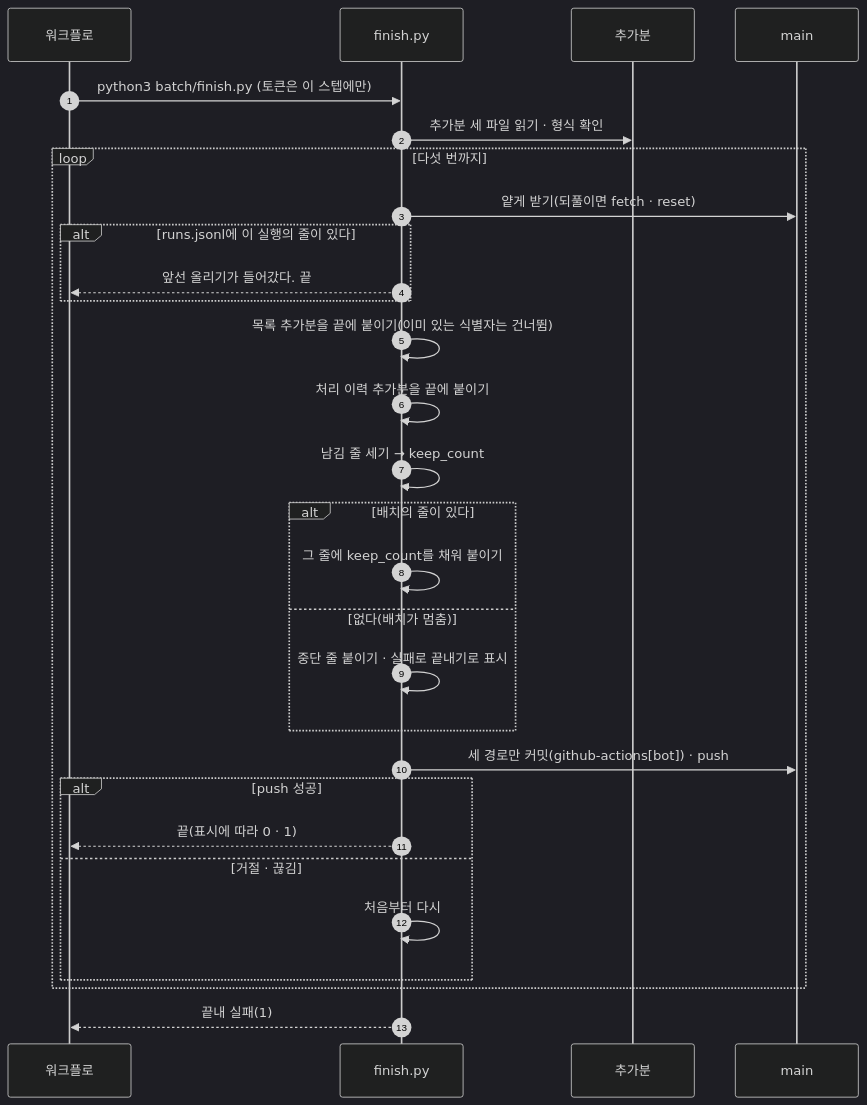
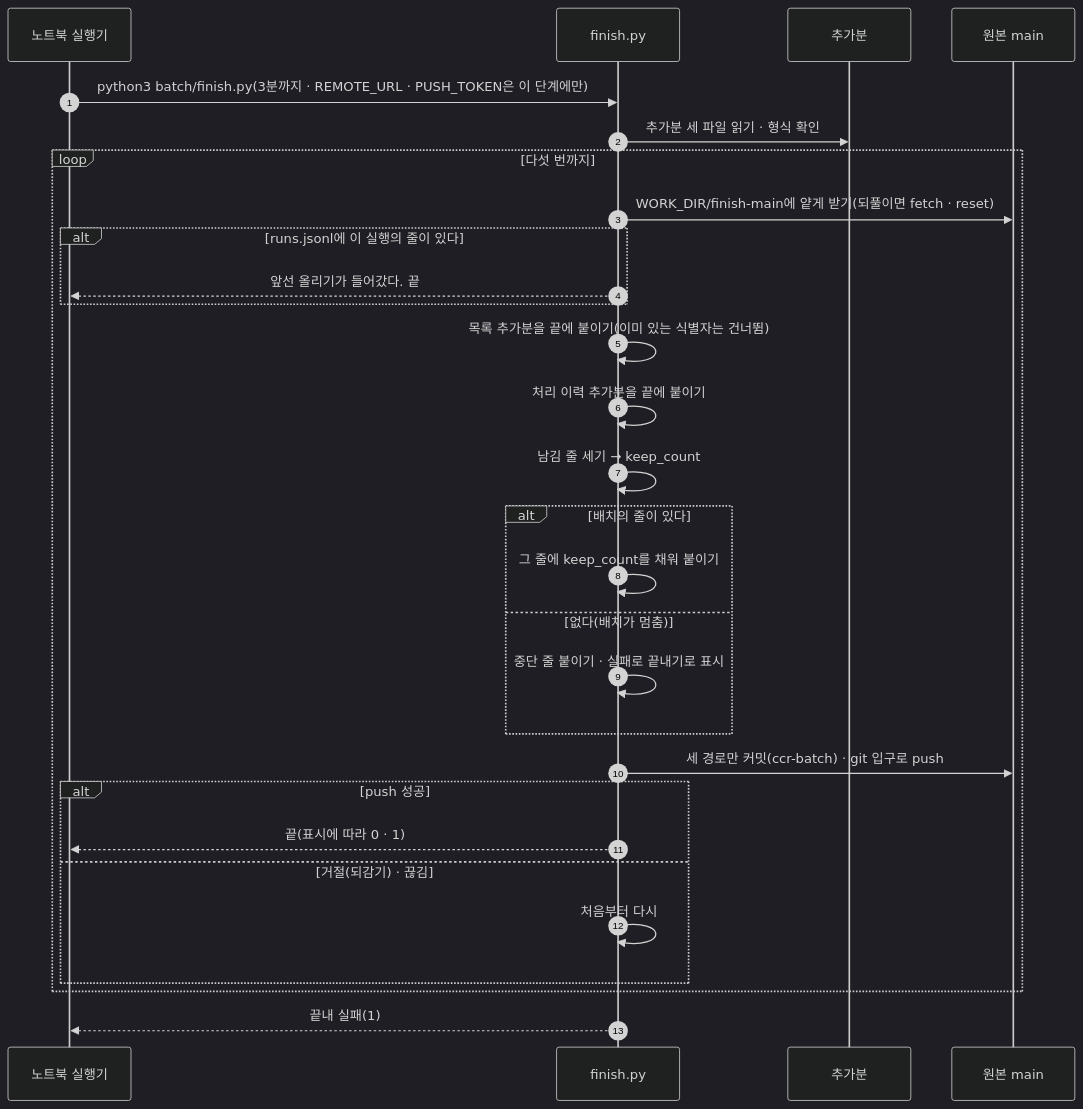
Before and after one commit to HoyoungParkme/competition-crawler: the seventh of 11 diagrams in docs/specs/09-SEQ/CCR-SEQ-001.md, drawn with Mermaid (dark theme). The commit also changed other lines of this file, not shown here.

First line of the commit message:
spec(CCR-SEQ-001): SEQ-1·7·8·10·11을 노트북 실행기와 페이지 서버로, SEQ-12를 폐기한다

````diff
--- a/docs/specs/09-SEQ/CCR-SEQ-001.md
+++ b/docs/specs/09-SEQ/CCR-SEQ-001.md
@@ -305,31 +320,31 @@
 ```mermaid
 sequenceDiagram
     autonumber
-    participant WF as 워크플로
+    participant DS as 노트북 실행기
     participant F as finish.py
     participant FS as 추가분
-    participant G as main
-    WF->>F: python3 batch/finish.py (토큰은 이 스텝에만)
+    participant G as 원본 main
+    DS->>F: python3 batch/finish.py(3분까지 · REMOTE_URL · PUSH_TOKEN은 이 단계에만)
     F->>FS: 추가분 세 파일 읽기 · 형식 확인
     loop 다섯 번까지
-        F->>G: 얕게 받기(되풀이면 fetch · reset)
+        F->>G: WORK_DIR/finish-main에 얕게 받기(되풀이면 fetch · reset)
         alt runs.jsonl에 이 실행의 줄이 있다
-            F-->>WF: 앞선 올리기가 들어갔다. 끝
+            F-->>DS: 앞선 올리기가 들어갔다. 끝
         end
         F->>F: 목록 추가분을 끝에 붙이기(이미 있는 식별자는 건너뜀)
         F->>F: 처리 이력 추가분을 끝에 붙이기
         F->>F: 남김 줄 세기 → keep_count
         alt 배치의 줄이 있다
             F->>F: 그 줄에 keep_count를 채워 붙이기
         else 없다(배치가 멈춤)
             F->>F: 중단 줄 붙이기 · 실패로 끝내기로 표시
         end
-        F->>G: 세 경로만 커밋(github-actions[bot]) · push
+        F->>G: 세 경로만 커밋(ccr-batch) · git 입구로 push
         alt push 성공
-            F-->>WF: 끝(표시에 따라 0 · 1)
-        else 거절 · 끊김
+            F-->>DS: 끝(표시에 따라 0 · 1)
+        else 거절(되감기) · 끊김
             F->>F: 처음부터 다시
         end
     end
-    F-->>WF: 끝내 실패(1)
+    F-->>DS: 끝내 실패(1)
 ```
````
